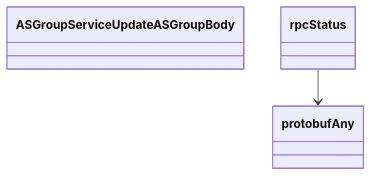
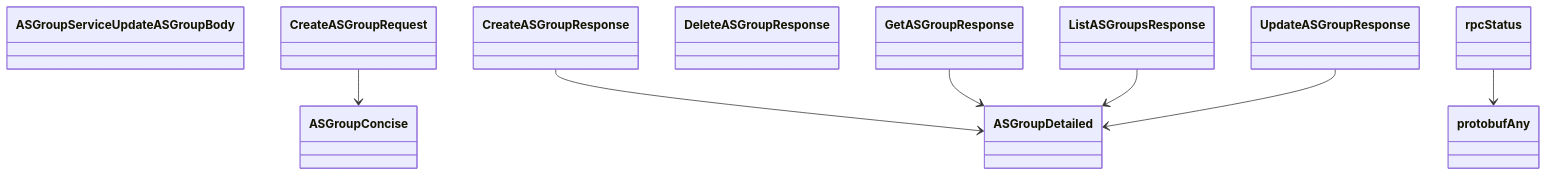
One commit to alexdearaujo/community_sdk_python changed diagram 12 of 12 in docs/sphinx/services/as_group.md. Above: the diagram before and after it, drawn with Mermaid. The commit also changed other lines of this file and 38 other files, not shown here.

````diff
--- a/docs/sphinx/services/as_group.md
+++ b/docs/sphinx/services/as_group.md
@@ -407,7 +407,20 @@
 ```mermaid
 classDiagram
+    class ASGroupConcise
+    class ASGroupDetailed
     class ASGroupServiceUpdateASGroupBody
+    class CreateASGroupRequest
+    class CreateASGroupResponse
+    class DeleteASGroupResponse
+    class GetASGroupResponse
+    class ListASGroupsResponse
+    class UpdateASGroupResponse
     class protobufAny
     class rpcStatus
+    CreateASGroupRequest --> ASGroupConcise
+    CreateASGroupResponse --> ASGroupDetailed
+    GetASGroupResponse --> ASGroupDetailed
+    ListASGroupsResponse --> ASGroupDetailed
+    UpdateASGroupResponse --> ASGroupDetailed
     rpcStatus --> protobufAny
 ```
````
